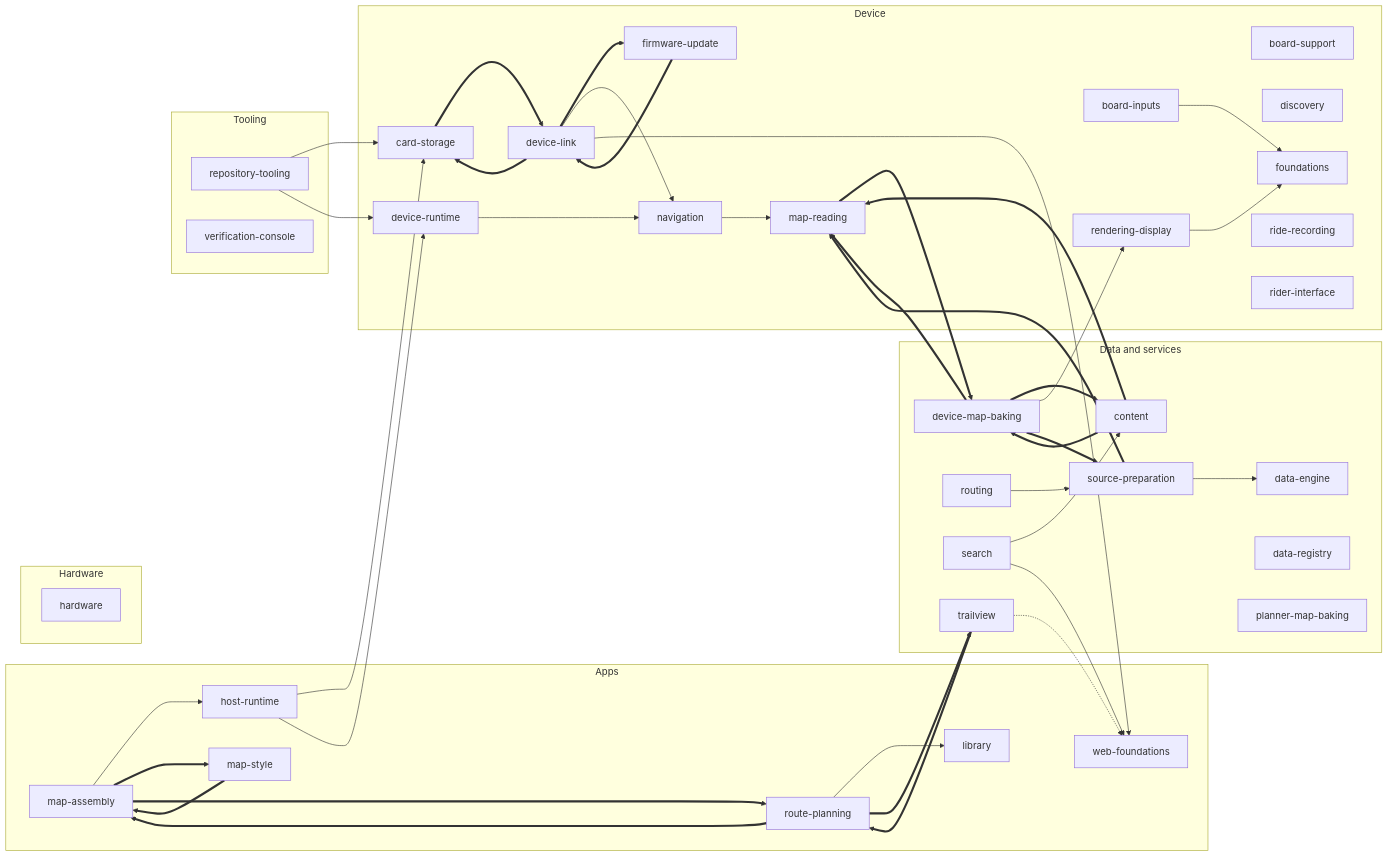
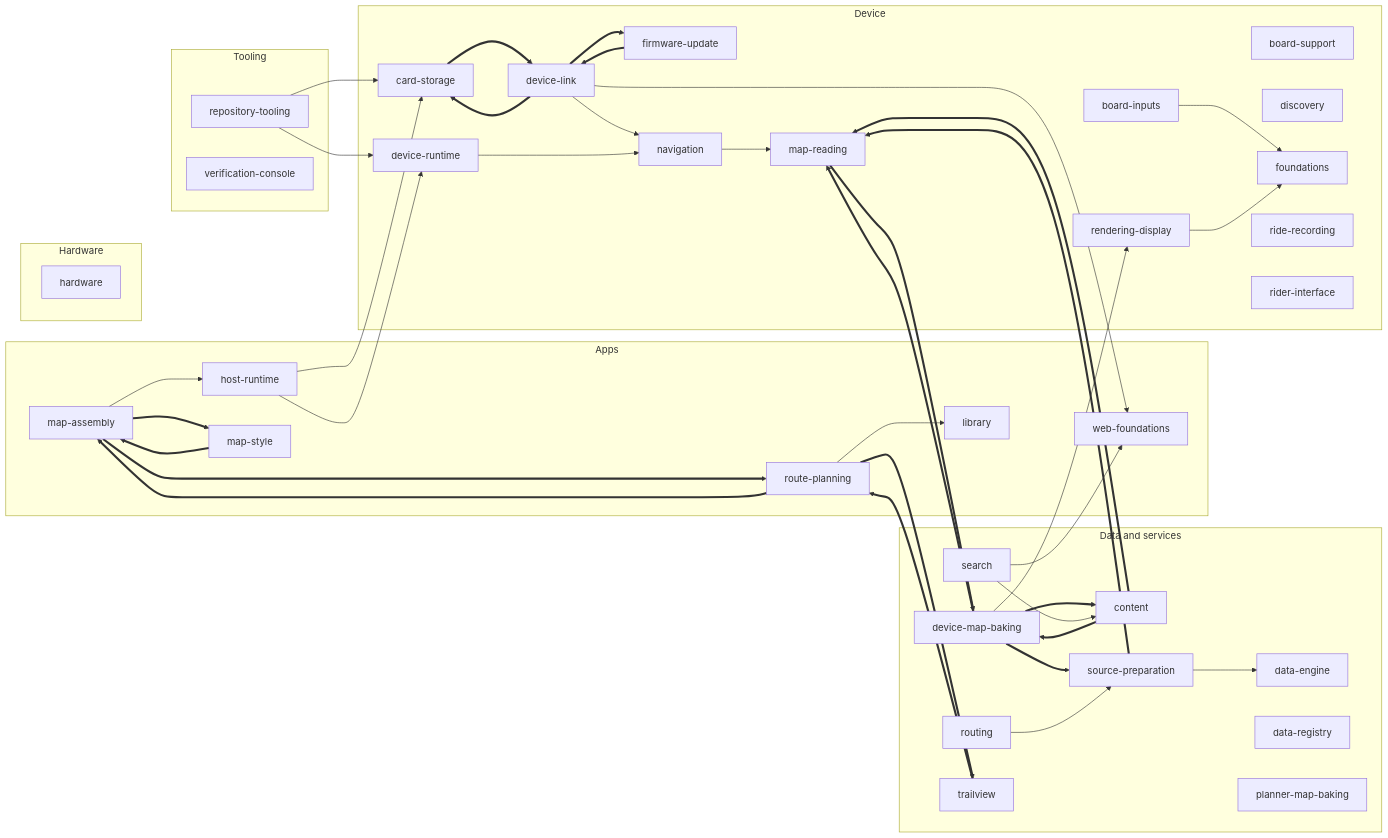
One commit to timohueser/OpenBikeComputer changed the diagram in docs/design/README.md. Above: the diagram before and after it, drawn with Mermaid. The commit also changed 3 other files, not shown here.

Commit message:
design: trailview owns fake-caches.ts and no longer depends on web-foundations

````diff
--- a/docs/design/README.md
+++ b/docs/design/README.md
@@ -9,79 +9,78 @@
 ```mermaid
 flowchart LR
   subgraph area0["Apps"]
     s_host_runtime["host-runtime"]
     s_library["library"]
     s_map_assembly["map-assembly"]
     s_map_style["map-style"]
     s_route_planning["route-planning"]
     s_web_foundations["web-foundations"]
   end
   subgraph area1["Data and services"]
     s_content["content"]
     s_data_engine["data-engine"]
     s_data_registry["data-registry"]
     s_device_map_baking["device-map-baking"]
     s_planner_map_baking["planner-map-baking"]
     s_routing["routing"]
     s_search["search"]
     s_source_preparation["source-preparation"]
     s_trailview["trailview"]
   end
   subgraph area2["Device"]
     s_board_inputs["board-inputs"]
     s_board_support["board-support"]
     s_card_storage["card-storage"]
     s_device_link["device-link"]
     s_device_runtime["device-runtime"]
     s_discovery["discovery"]
     s_firmware_update["firmware-update"]
     s_foundations["foundations"]
     s_map_reading["map-reading"]
     s_navigation["navigation"]
     s_rendering_display["rendering-display"]
     s_ride_recording["ride-recording"]
     s_rider_interface["rider-interface"]
   end
   subgraph area3["Hardware"]
     s_hardware["hardware"]
   end
   subgraph area4["Tooling"]
     s_repository_tooling["repository-tooling"]
     s_verification_console["verification-console"]
   end
   s_board_inputs --> s_foundations
   s_card_storage ==> s_device_link
   s_content ==> s_device_map_baking
   s_content ==> s_map_reading
   s_device_link ==> s_card_storage
   s_device_link ==> s_firmware_update
   s_device_link --> s_navigation
   s_device_link --> s_web_foundations
   s_device_map_baking ==> s_content
   s_device_map_baking ==> s_map_reading
   s_device_map_baking --> s_rendering_display
   s_device_map_baking ==> s_source_preparation
   s_device_runtime --> s_navigation
   s_firmware_update ==> s_device_link
   s_host_runtime --> s_card_storage
   s_host_runtime --> s_device_runtime
   s_map_assembly --> s_host_runtime
   s_map_assembly ==> s_map_style
   s_map_assembly ==> s_route_planning
   s_map_reading ==> s_device_map_baking
   s_map_style ==> s_map_assembly
   s_navigation --> s_map_reading
   s_rendering_display --> s_foundations
   s_repository_tooling --> s_card_storage
   s_repository_tooling --> s_device_runtime
   s_route_planning --> s_library
   s_route_planning ==> s_map_assembly
   s_route_planning ==> s_trailview
   s_routing --> s_source_preparation
   s_search --> s_content
   s_search --> s_web_foundations
   s_source_preparation --> s_data_engine
   s_source_preparation ==> s_map_reading
   s_trailview ==> s_route_planning
-  s_trailview -.-> s_web_foundations
 ```
````
